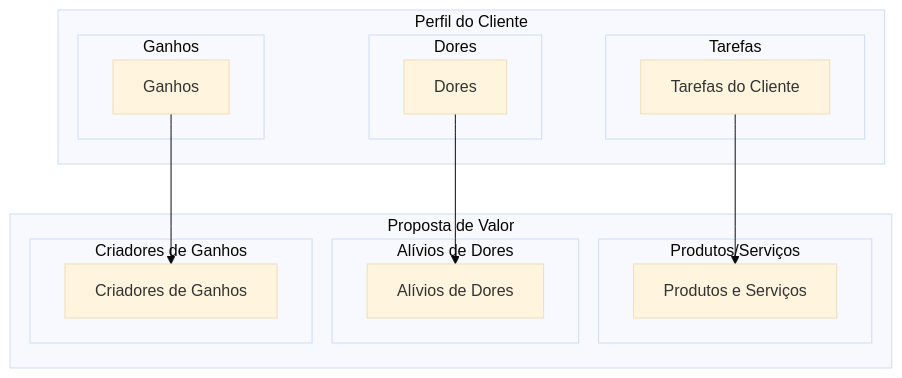
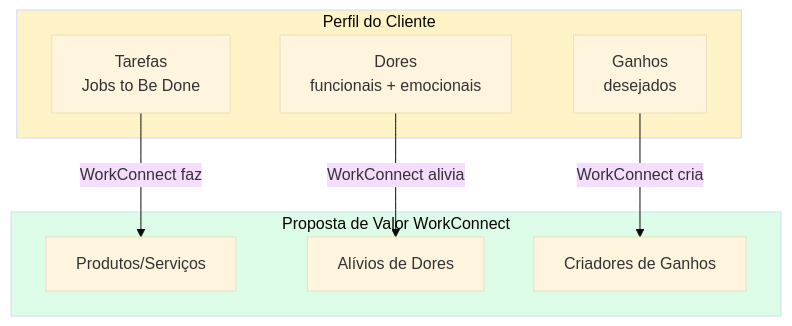
The third of 10 diagrams in documentation/docs/estrategia/proposta-valor.mdx (matheusmendes720/workconnect-tcc), drawn with Mermaid (base theme) before and after one commit. The commit also changed other lines of this file and 16 other files, not shown here.

````diff
--- a/documentation/docs/estrategia/proposta-valor.mdx
+++ b/documentation/docs/estrategia/proposta-valor.mdx
@@ -23,30 +73,21 @@
 ```mermaid
 flowchart TB
-    subgraph CUSTOMER["Perfil do Cliente"]
-        subgraph TASKS["Tarefas"]
-            T["Tarefas do Cliente"]
-        end
-        subgraph PAINS["Dores"]
-            P["Dores"]
-        end
-        subgraph GAINS["Ganhos"]
-            G["Ganhos"]
-        end
+    subgraph CLIENTE["Perfil do Cliente"]
+        T[Tarefas<br/>Jobs to Be Done]
+        P[Dores<br/>funcionais + emocionais]
+        G[Ganhos<br/>desejados]
     end
-    
-    subgraph VALUE["Proposta de Valor"]
-        subgraph PRODUCTS["Produtos/Serviços"]
-            PS["Produtos e Serviços"]
-        end
-        subgraph PAINRELIEVERS["Alívios de Dores"]
-            PR["Alívios de Dores"]
-        end
-        subgraph GAINCREATORS["Criadores de Ganhos"]
-            GC["Criadores de Ganhos"]
-        end
+
+    subgraph VALOR["Proposta de Valor WorkConnect"]
+        PS[Produtos/Serviços]
+        PR[Alívios de Dores]
+        GC[Criadores de Ganhos]
     end
-    
-    T --> PS
-    P --> PR
-    G --> GC
+
+    T -->|"WorkConnect faz"| PS
+    P -->|"WorkConnect alivia"| PR
+    G -->|"WorkConnect cria"| GC
+
+    style CLIENTE fill:#fef3c7
+    style VALOR fill:#dcfce7
 ```
````
